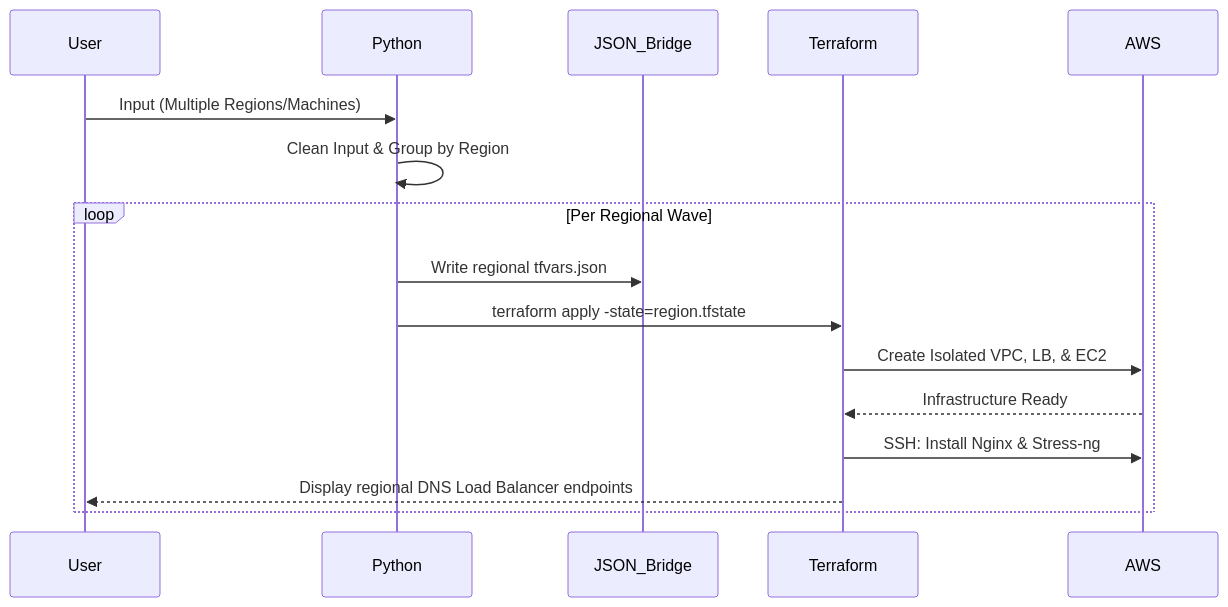
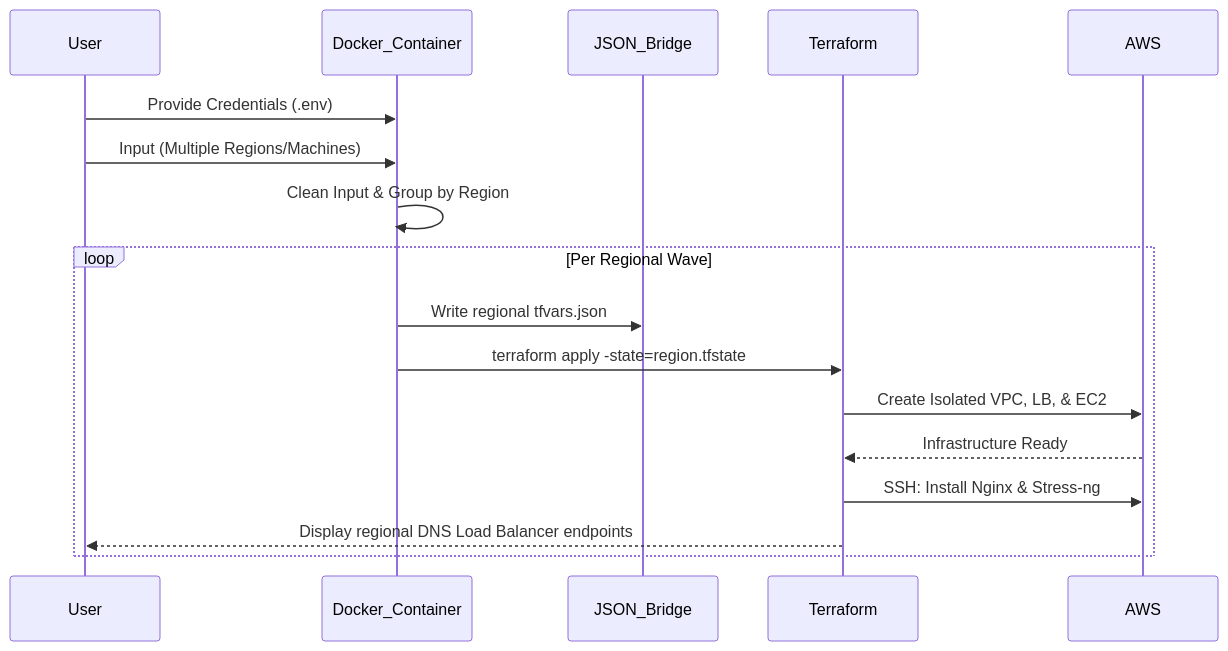
Before and after one commit to idokuli/DevOps-Project: the diagram in ARCHITECTURE.md, drawn with Mermaid. The commit also changed other lines of this file and 13 other files, not shown here.

````diff
--- a/ARCHITECTURE.md
+++ b/ARCHITECTURE.md
@@ -43,20 +44,21 @@
 ```mermaid
 sequenceDiagram
     participant User
-    participant Python
+    participant Docker_Container
     participant JSON_Bridge
     participant Terraform
     participant AWS
 
-    User->>Python: Input (Multiple Regions/Machines)
-    Python->>Python: Clean Input & Group by Region
+    User->>Docker_Container: Provide Credentials (.env)
+    User->>Docker_Container: Input (Multiple Regions/Machines)
+    Docker_Container->>Docker_Container: Clean Input & Group by Region
     
     loop Per Regional Wave
-        Python->>JSON_Bridge: Write regional tfvars.json
-        Python->>Terraform: terraform apply -state=region.tfstate
+        Docker_Container->>JSON_Bridge: Write regional tfvars.json
+        Docker_Container->>Terraform: terraform apply -state=region.tfstate
         Terraform->>AWS: Create Isolated VPC, LB, & EC2
         AWS-->>Terraform: Infrastructure Ready
         Terraform->>AWS: SSH: Install Nginx & Stress-ng
         Terraform-->>User: Display regional DNS Load Balancer endpoints
     end
 ```
````
